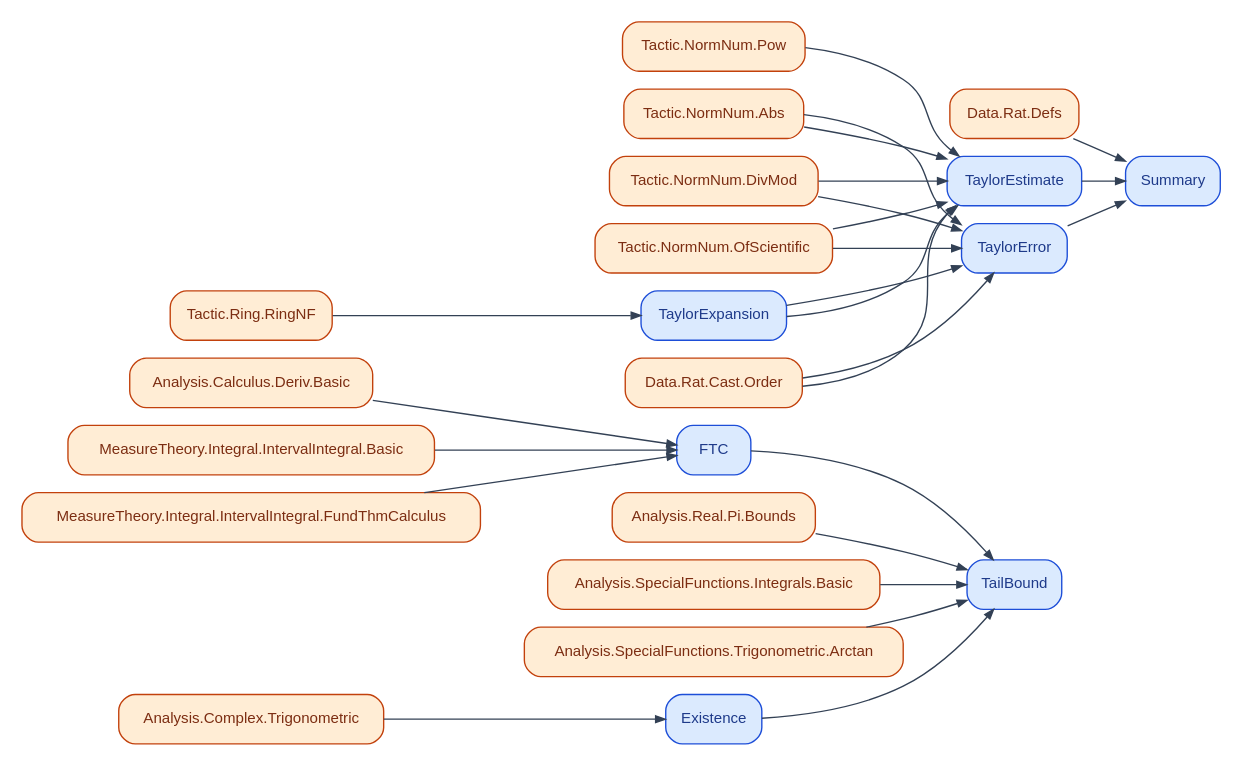
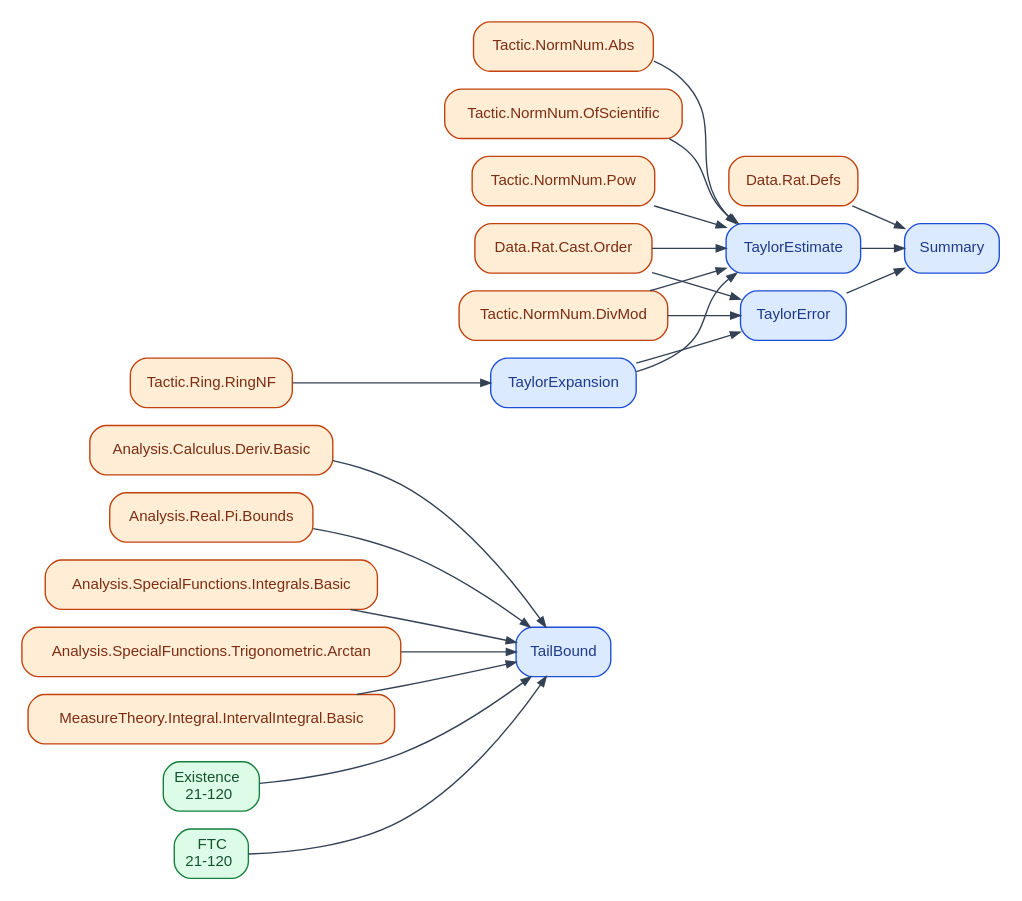
Before and after one commit to catskillsresearch/BachelorsInMeasurementTheory: the diagram in figures/deps/Course21122.dot, drawn with Graphviz. The commit also changed 24 other files, not shown here.

First line of the commit message:
Split 21-122 Lean into Course21122 and mark 21-120 modules as prior in its dep graph.

```diff
--- a/figures/deps/Course21122.dot
+++ b/figures/deps/Course21122.dot
@@ -1,53 +1,47 @@
 digraph Course21122 {
   rankdir=LR;
   graph [nodesep=0.18, ranksep=0.45, pad=0.12, bgcolor="white"];
   node [shape=box, style="rounded,filled", fontname="Helvetica", fontsize=11];
   edge [color="#334155", arrowsize=0.7];
 
   LAnalysisCalculusDerivBasic [label="Analysis.Calculus.Deriv.Basic", fillcolor="#ffedd5", color="#c2410c", fontcolor="#7c2d12"];
-  LAnalysisComplexTrigonometric [label="Analysis.Complex.Trigonometric", fillcolor="#ffedd5", color="#c2410c", fontcolor="#7c2d12"];
   LAnalysisRealPiBounds [label="Analysis.Real.Pi.Bounds", fillcolor="#ffedd5", color="#c2410c", fontcolor="#7c2d12"];
   LAnalysisSpecialFunctionsIntegralsBasic [label="Analysis.SpecialFunctions.Integrals.Basic", fillcolor="#ffedd5", color="#c2410c", fontcolor="#7c2d12"];
   LAnalysisSpecialFunctionsTrigonometricArctan [label="Analysis.SpecialFunctions.Trigonometric.Arctan", fillcolor="#ffedd5", color="#c2410c", fontcolor="#7c2d12"];
   LDataRatCastOrder [label="Data.Rat.Cast.Order", fillcolor="#ffedd5", color="#c2410c", fontcolor="#7c2d12"];
   LDataRatDefs [label="Data.Rat.Defs", fillcolor="#ffedd5", color="#c2410c", fontcolor="#7c2d12"];
   LMeasureTheoryIntegralIntervalIntegralBasic [label="MeasureTheory.Integral.IntervalIntegral.Basic", fillcolor="#ffedd5", color="#c2410c", fontcolor="#7c2d12"];
-  LMeasureTheoryIntegralIntervalIntegralFundThmCalculus [label="MeasureTheory.Integral.IntervalIntegral.FundThmCalculus", fillcolor="#ffedd5", color="#c2410c", fontcolor="#7c2d12"];
   LTacticNormNumAbs [label="Tactic.NormNum.Abs", fillcolor="#ffedd5", color="#c2410c", fontcolor="#7c2d12"];
   LTacticNormNumDivMod [label="Tactic.NormNum.DivMod", fillcolor="#ffedd5", color="#c2410c", fontcolor="#7c2d12"];
   LTacticNormNumOfScientific [label="Tactic.NormNum.OfScientific", fillcolor="#ffedd5", color="#c2410c", fontcolor="#7c2d12"];
   LTacticNormNumPow [label="Tactic.NormNum.Pow", fillcolor="#ffedd5", color="#c2410c", fontcolor="#7c2d12"];
   LTacticRingRingNF [label="Tactic.Ring.RingNF", fillcolor="#ffedd5", color="#c2410c", fontcolor="#7c2d12"];
-  MFTC [label="FTC", fillcolor="#dbeafe", color="#1d4ed8", fontcolor="#1e3a8a"];
-  MExistence [label="Existence", fillcolor="#dbeafe", color="#1d4ed8", fontcolor="#1e3a8a"];
+  MExistence [label=<Existence<br/>21-120>, fillcolor="#dcfce7", color="#15803d", fontcolor="#14532d"];
+  MFTC [label=<FTC<br/>21-120>, fillcolor="#dcfce7", color="#15803d", fontcolor="#14532d"];
   MTailBound [label="TailBound", fillcolor="#dbeafe", color="#1d4ed8", fontcolor="#1e3a8a"];
   MTaylorExpansion [label="TaylorExpansion", fillcolor="#dbeafe", color="#1d4ed8", fontcolor="#1e3a8a"];
   MTaylorEstimate [label="TaylorEstimate", fillcolor="#dbeafe", color="#1d4ed8", fontcolor="#1e3a8a"];
   MTaylorError [label="TaylorError", fillcolor="#dbeafe", color="#1d4ed8", fontcolor="#1e3a8a"];
   MSummary [label="Summary", fillcolor="#dbeafe", color="#1d4ed8", fontcolor="#1e3a8a"];
 
-  LMeasureTheoryIntegralIntervalIntegralBasic -> MFTC;
-  LAnalysisCalculusDerivBasic -> MFTC;
-  LMeasureTheoryIntegralIntervalIntegralFundThmCalculus -> MFTC;
-  LAnalysisComplexTrigonometric -> MExistence;
+  LMeasureTheoryIntegralIntervalIntegralBasic -> MTailBound;
+  LAnalysisRealPiBounds -> MTailBound;
+  LAnalysisCalculusDerivBasic -> MTailBound;
   LAnalysisSpecialFunctionsIntegralsBasic -> MTailBound;
-  LAnalysisRealPiBounds -> MTailBound;
   LAnalysisSpecialFunctionsTrigonometricArctan -> MTailBound;
   MFTC -> MTailBound;
   MExistence -> MTailBound;
   LTacticRingRingNF -> MTaylorExpansion;
   LDataRatCastOrder -> MTaylorEstimate;
-  LTacticNormNumPow -> MTaylorEstimate;
   LTacticNormNumDivMod -> MTaylorEstimate;
   LTacticNormNumAbs -> MTaylorEstimate;
   LTacticNormNumOfScientific -> MTaylorEstimate;
+  LTacticNormNumPow -> MTaylorEstimate;
   MTaylorExpansion -> MTaylorEstimate;
   LDataRatCastOrder -> MTaylorError;
   LTacticNormNumDivMod -> MTaylorError;
-  LTacticNormNumAbs -> MTaylorError;
-  LTacticNormNumOfScientific -> MTaylorError;
   MTaylorExpansion -> MTaylorError;
   LDataRatDefs -> MSummary;
   MTaylorError -> MSummary;
   MTaylorEstimate -> MSummary;
 }
```
